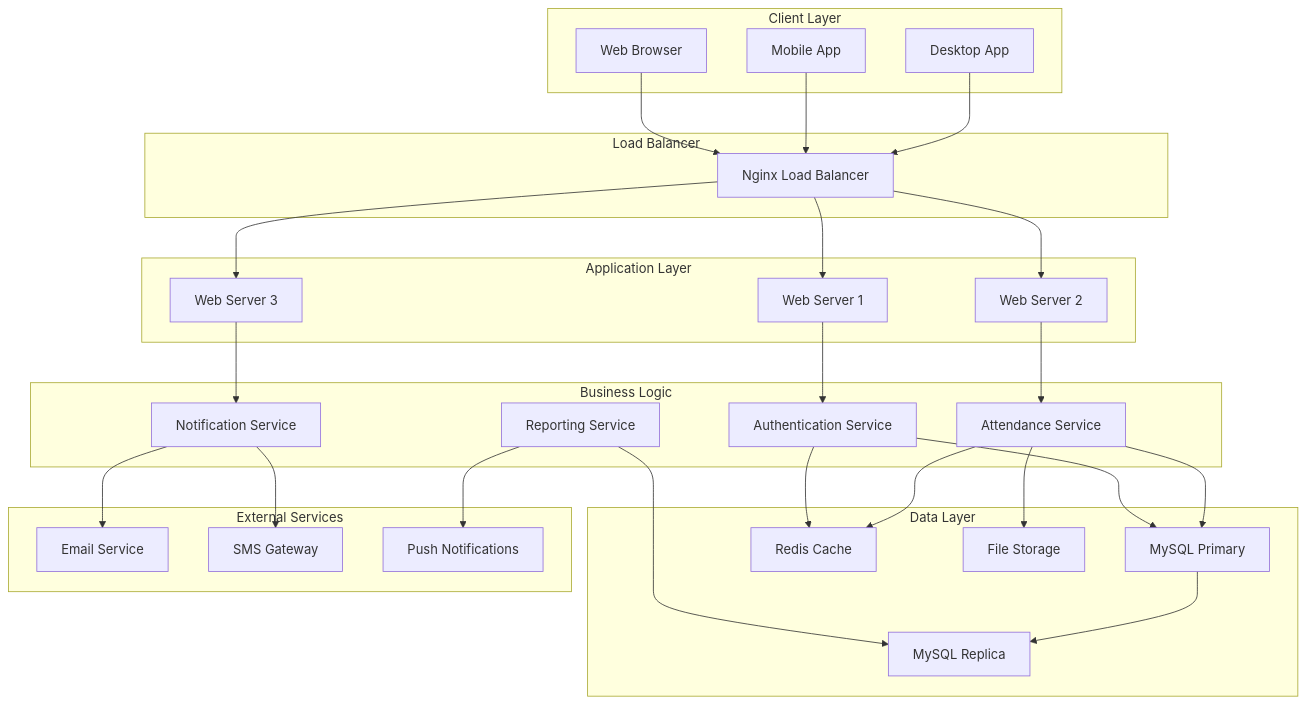
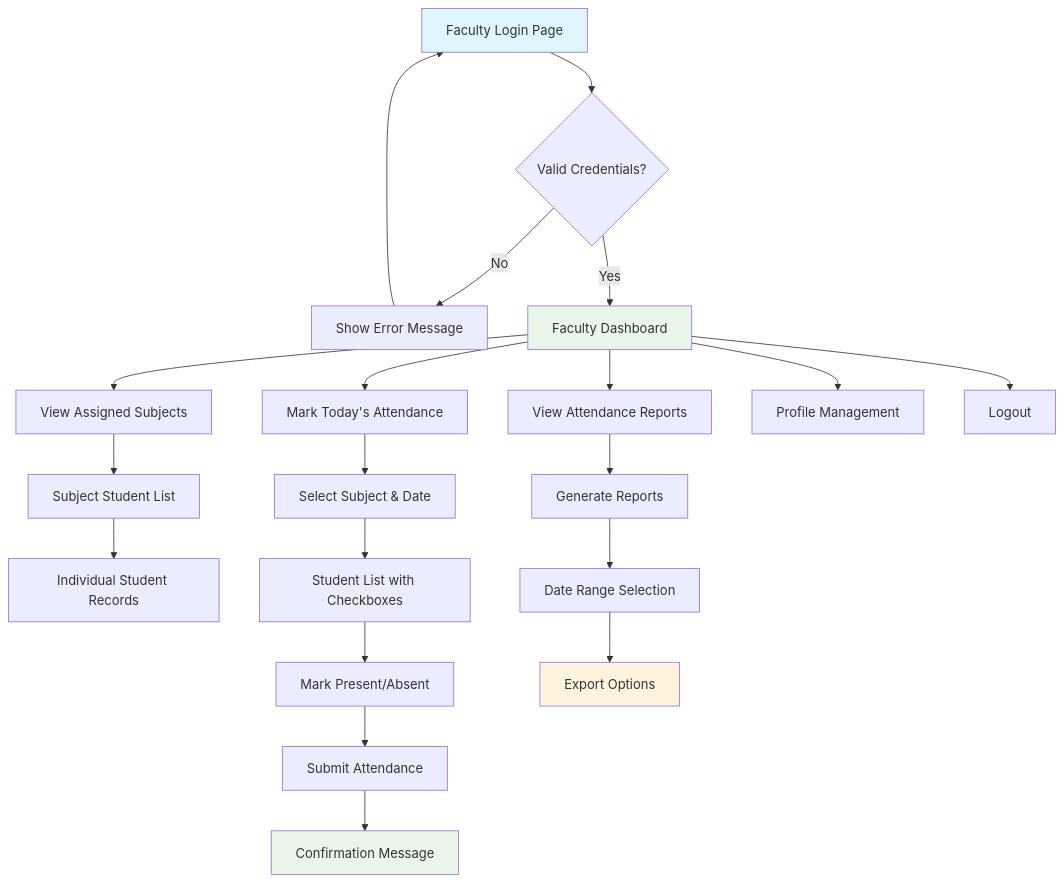
Before and after one commit to shahdhairyah/Attendance-system: the second of 3 diagrams in README.md, drawn with Mermaid. The commit also changed other lines of this file, not shown here.

````diff
--- a/README.md
+++ b/README.md
@@ -108,58 +122,27 @@
 ```mermaid
-graph TB
-    subgraph "Client Layer"
-        A[Web Browser]
-        B[Mobile App]
-        C[Desktop App]
-    end
+graph TD
+    A[Faculty Login Page] --> B{Valid Credentials?}
+    B -->|No| C[Show Error Message]
+    C --> A
+    B -->|Yes| D[Faculty Dashboard]
+    D --> E[View Assigned Subjects]
+    D --> F[Mark Today's Attendance]
+    D --> G[View Attendance Reports]
+    E --> H[Subject Student List]
+    H --> I[Individual Student Records]
+    F --> J[Select Subject & Date]
+    J --> K[Student List with Checkboxes]
+    K --> L[Mark Present/Absent]
+    L --> M[Submit Attendance]
+    M --> N[Confirmation Message]
+    G --> O[Generate Reports]
+    O --> P[Date Range Selection]
+    P --> Q[Export Options]
+    D --> R[Profile Management]
+    D --> S[Logout]
     
-    subgraph "Load Balancer"
-        D[Nginx Load Balancer]
-    end
-    
-    subgraph "Application Layer"
-        E[Web Server 1]
-        F[Web Server 2]
-        G[Web Server 3]
-    end
-    
-    subgraph "Business Logic"
-        H[Authentication Service]
-        I[Attendance Service]
-        J[Notification Service]
-        K[Reporting Service]
-    end
-    
-    subgraph "Data Layer"
-        L[MySQL Primary]
-        M[MySQL Replica]
-        N[Redis Cache]
-        O[File Storage]
-    end
-    
-    subgraph "External Services"
-        P[Email Service]
-        Q[SMS Gateway]
-        R[Push Notifications]
-    end
-    
-    A --> D
-    B --> D
-    C --> D
-    D --> E
-    D --> F
-    D --> G
-    E --> H
-    F --> I
-    G --> J
-    H --> L
-    I --> L
-    J --> Q
-    K --> M
-    L --> M
-    H --> N
-    I --> N
-    J --> P
-    K --> R
-    I --> O
+    style A fill:#e1f5fe
+    style D fill:#e8f5e8
+    style N fill:#e8f5e8
+    style Q fill:#fff3e0
 ```
````
